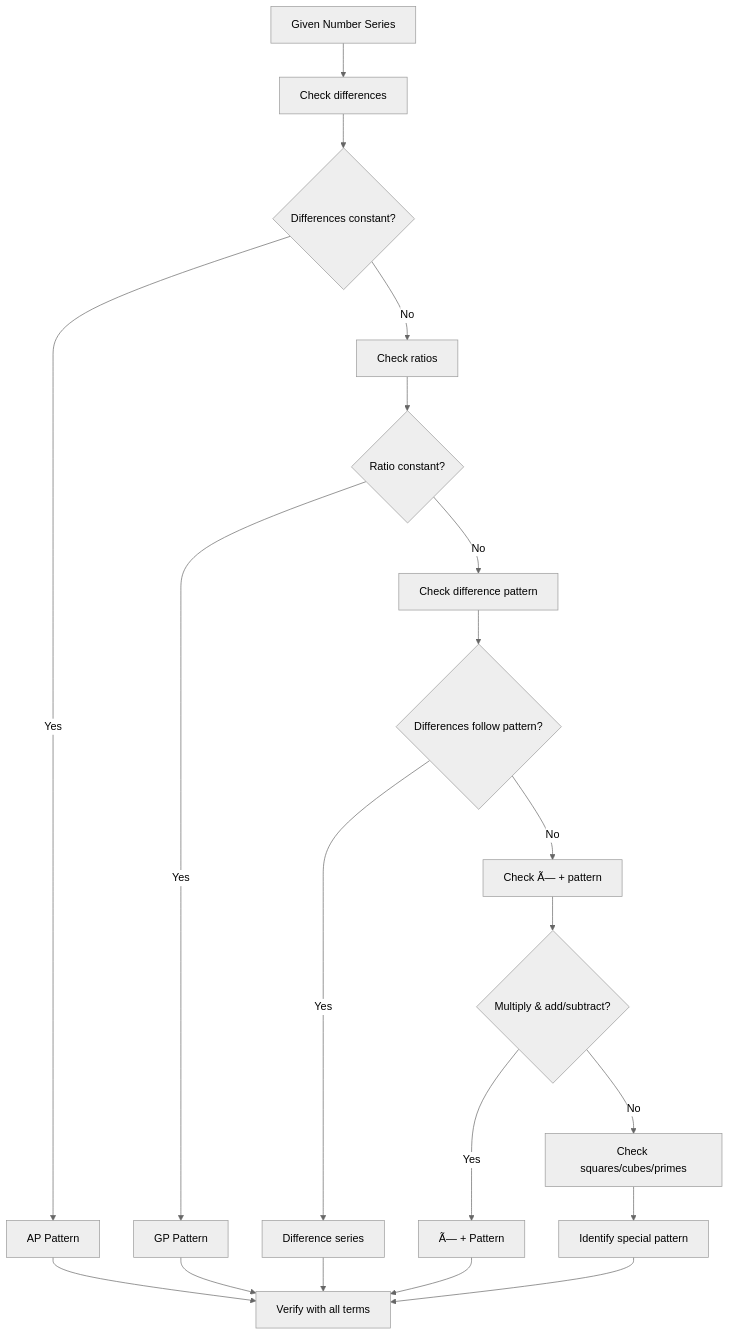
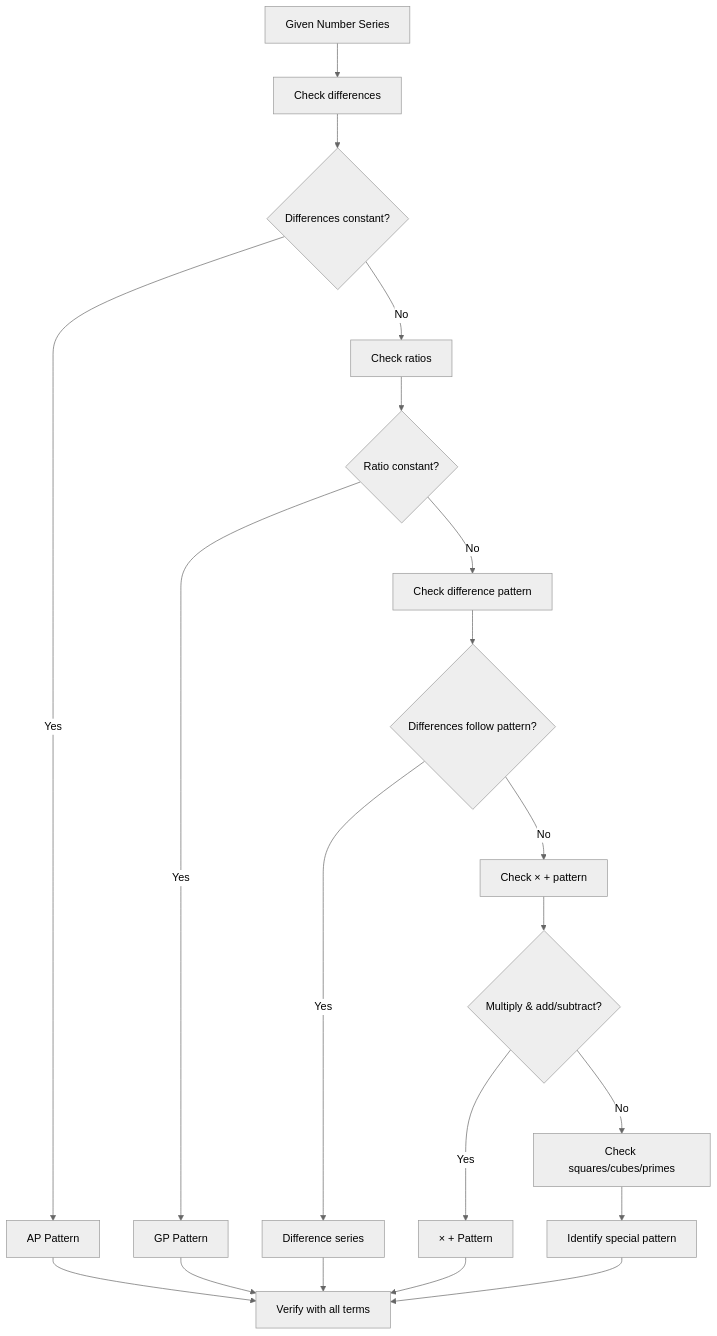
Before and after one commit to Raushan666java/ai-engineering-journey: the first of 6 diagrams in docs/courses/quantitative-aptitude/04-number-series.md, drawn with Mermaid (neutral theme). The commit also changed other lines of this file and 965 other files, not shown here.

````diff
--- a/docs/courses/quantitative-aptitude/04-number-series.md
+++ b/docs/courses/quantitative-aptitude/04-number-series.md
@@ -137,22 +137,22 @@
 ```mermaid
 flowchart TD
     A["Given Number Series"] --> B["Check differences"]
     B --> C{"Differences constant?"}
     C -->|"Yes"| D["AP Pattern"]
     C -->|"No"| E["Check ratios"]
     E --> F{"Ratio constant?"}
     F -->|"Yes"| G["GP Pattern"]
     F -->|"No"| H["Check difference pattern"]
     H --> I{"Differences follow pattern?"}
     I -->|"Yes"| J["Difference series"]
-    I -->|"No"| K["Check Ã— + pattern"]
+    I -->|"No"| K["Check × + pattern"]
     K --> L{"Multiply & add/subtract?"}
-    L -->|"Yes"| M["Ã— + Pattern"]
+    L -->|"Yes"| M["× + Pattern"]
     L -->|"No"| N["Check squares/cubes/primes"]
     N --> O["Identify special pattern"]
     O --> P["Verify with all terms"]
     D --> P
     G --> P
     J --> P
     M --> P
 ```
````
